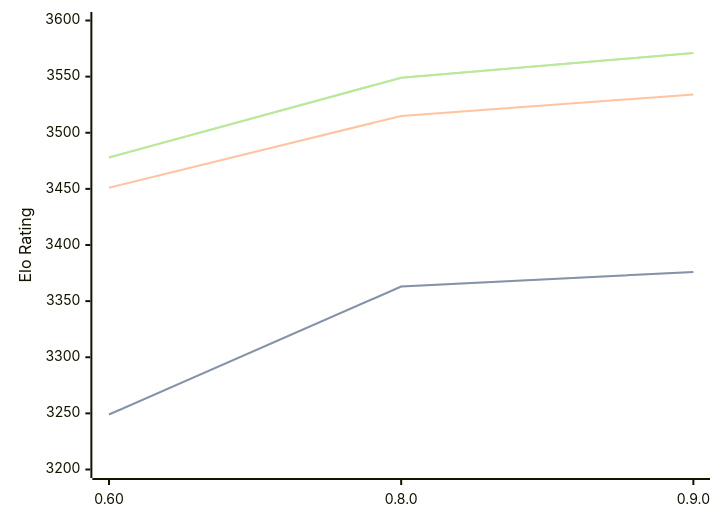
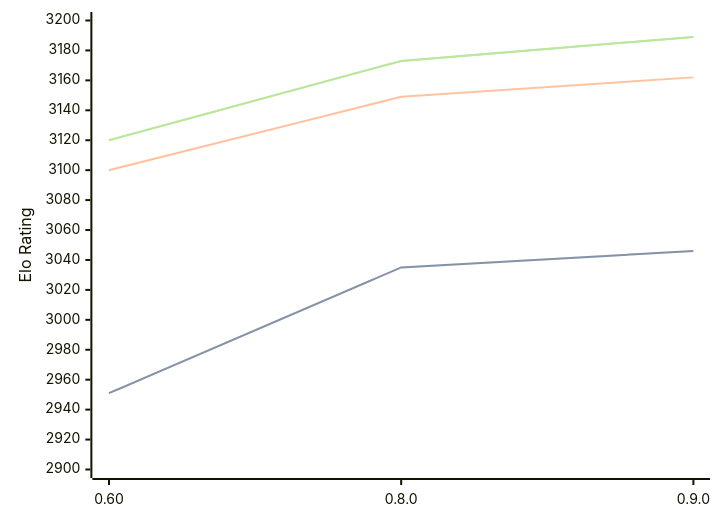
One commit to computer-chess-index/cci changed the diagram in engines/Motor.md. Above: the diagram before and after it, drawn with Mermaid. The commit also changed other lines of this file, not shown here.

Commit message:
Update CCI Ratings (ELO VLTC) - 2026-02-23

````diff
--- a/engines/Motor.md
+++ b/engines/Motor.md
@@ -36,11 +36,11 @@
 ```mermaid
 %%{init: {"theme":"base","themeVariables":{"seriesColors:['#a3a3a3','#222221','#faa371']}}}%%
 xychart-beta
   x-axis ["0.60", "0.8.0", "0.9.0"]
-  y-axis "Elo Rating" 3200 --> 3600
-  line "STC (8.0+0.08s)" [3249, 3363, 3376]
-  line "STC (8.0+0.08s)" [3249, 3363, 3376]
-  line "LTC (60.0+0.60s)" [3451, 3515, 3534]
-  line "VLTC (2m24s+1.12s)" [3478, 3549, 3571]
-  line "VLTC (2m24s+1.12s)" [3478, 3549, 3571]
+  y-axis "Elo Rating" 2900 --> 3200
+  line "STC (8.0+0.08s)" [2951, 3035, 3046]
+  line "STC (8.0+0.08s)" [2951, 3035, 3046]
+  line "LTC (60.0+0.60s)" [3100, 3149, 3162]
+  line "VLTC (2m24s+1.12s)" [3120, 3173, 3189]
+  line "VLTC (2m24s+1.12s)" [3120, 3173, 3189]
 ```
````
